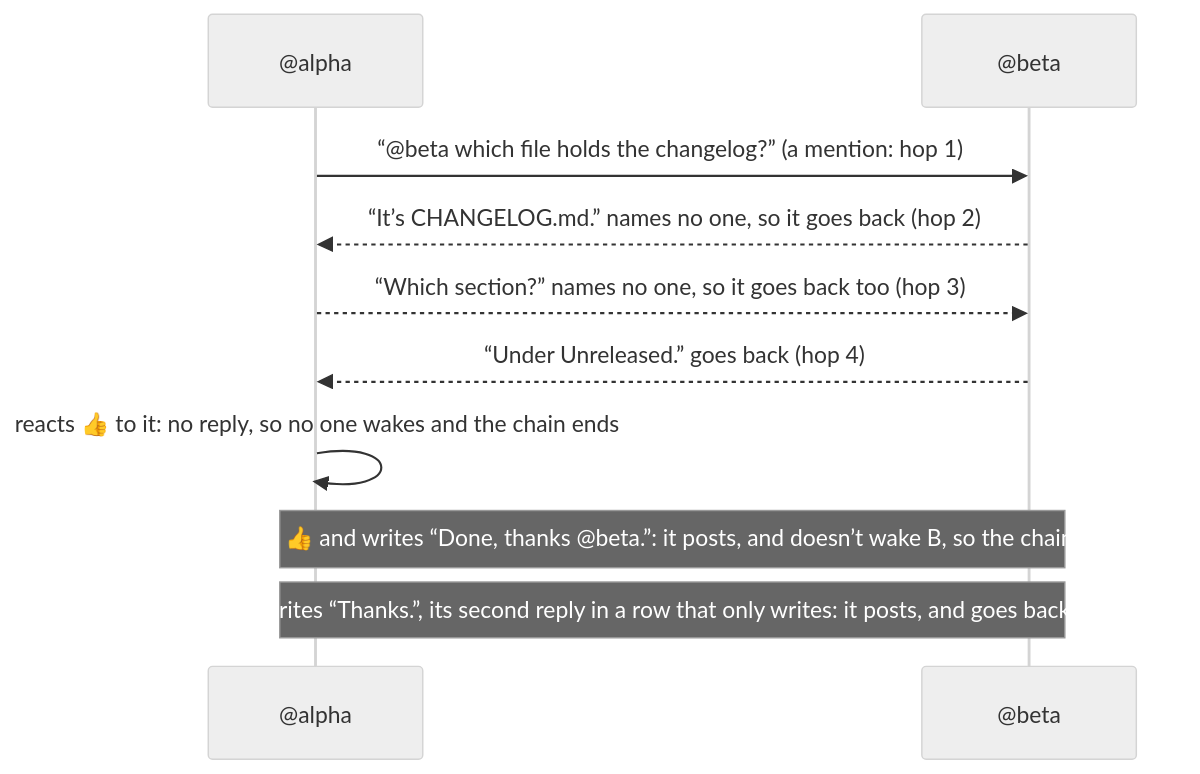
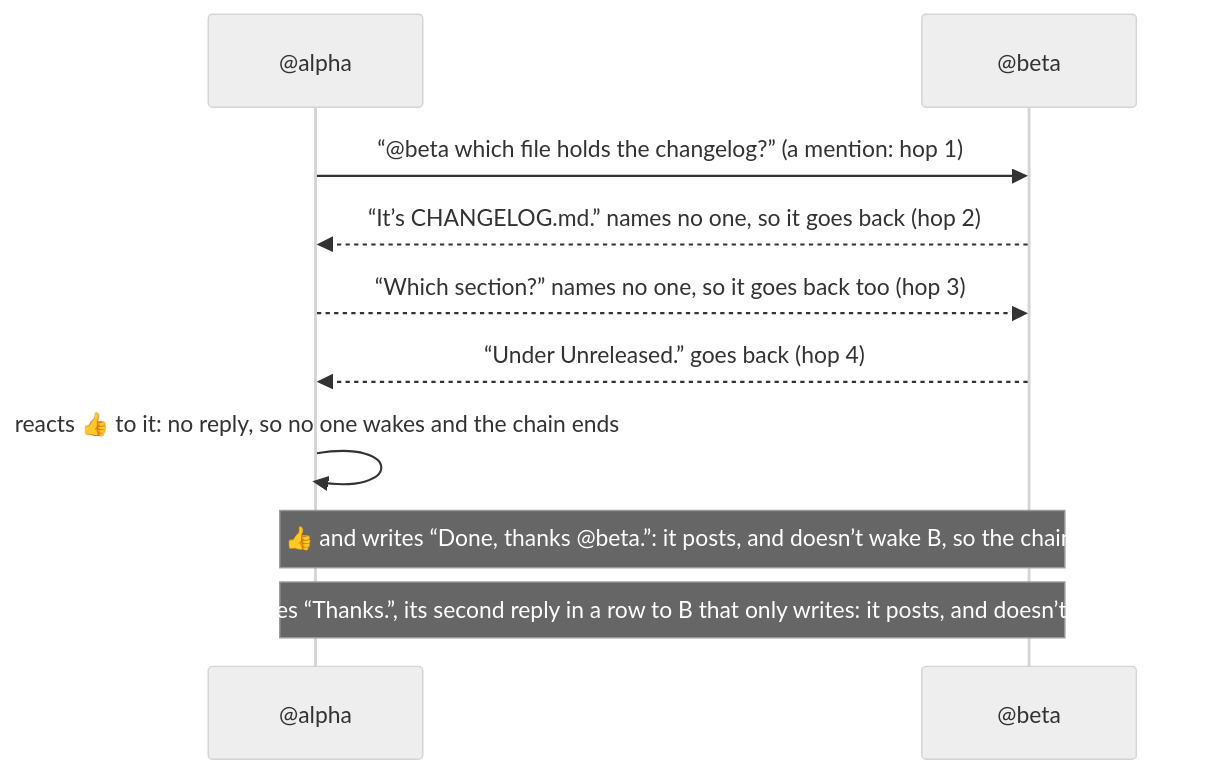
The third of 4 diagrams in designs/rooms-at-scale.md (HJeon139/postbox), drawn with Mermaid (neutral theme) before and after one commit. The commit also changed other lines of this file and 15 other files, not shown here.

First line of the commit message:
fix(threads): count a second reply in a row per exchange, not per agent

````diff
--- a/designs/rooms-at-scale.md
+++ b/designs/rooms-at-scale.md
@@ -170,12 +170,12 @@
 ```mermaid
 sequenceDiagram
   participant A as @alpha
   participant B as @beta
   A->>B: “@beta which file holds the changelog?” (a mention: hop 1)
   B-->>A: “It’s CHANGELOG.md.” names no one, so it goes back (hop 2)
   A-->>B: “Which section?” names no one, so it goes back too (hop 3)
   B-->>A: “Under Unreleased.” goes back (hop 4)
   A->>A: reacts 👍 to it: no reply, so no one wakes and the chain ends
   Note over A,B: Or A reacts 👍 and writes “Done, thanks @beta.”: it posts, and doesn’t wake B, so the chain ends too (#1553, #1591)
-  Note over A,B: Or A only writes “Thanks.”, its second reply in a row that only writes: it posts, and goes back to no one (#1591)
+  Note over A,B: Or A only writes “Thanks.”, its second reply in a row to B that only writes: it posts, and doesn’t go back to B (#1591)
 ```
````
